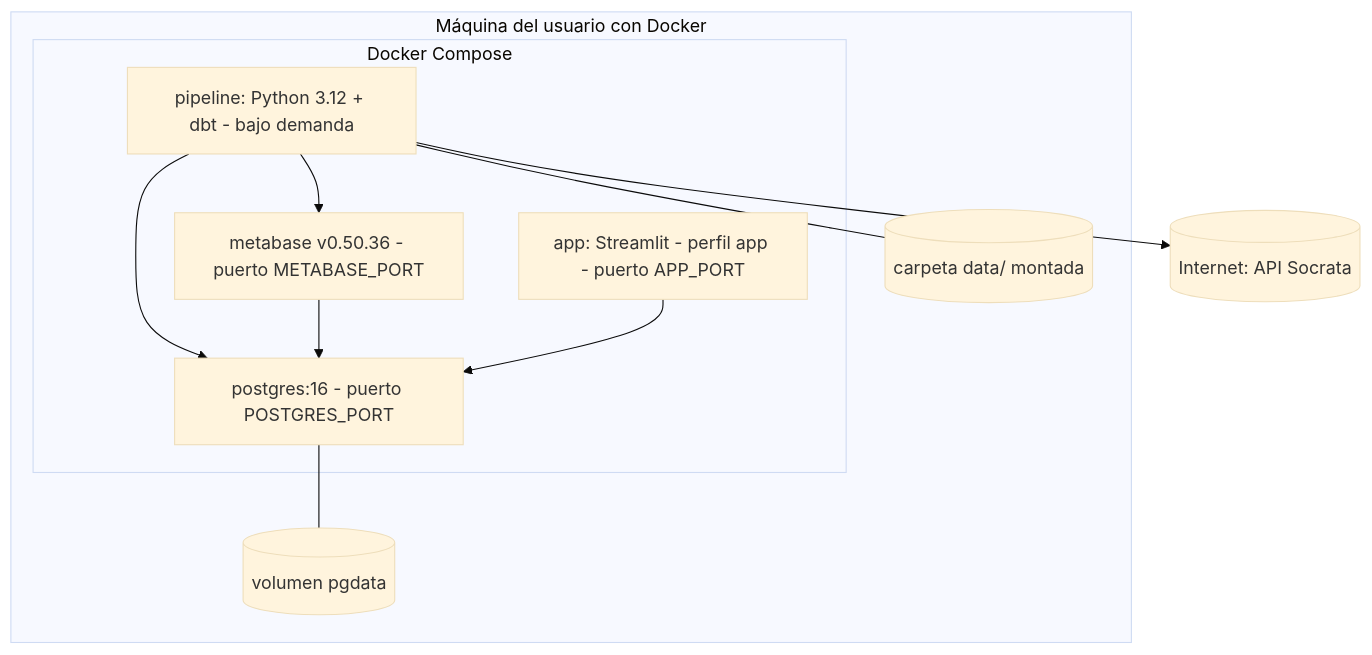
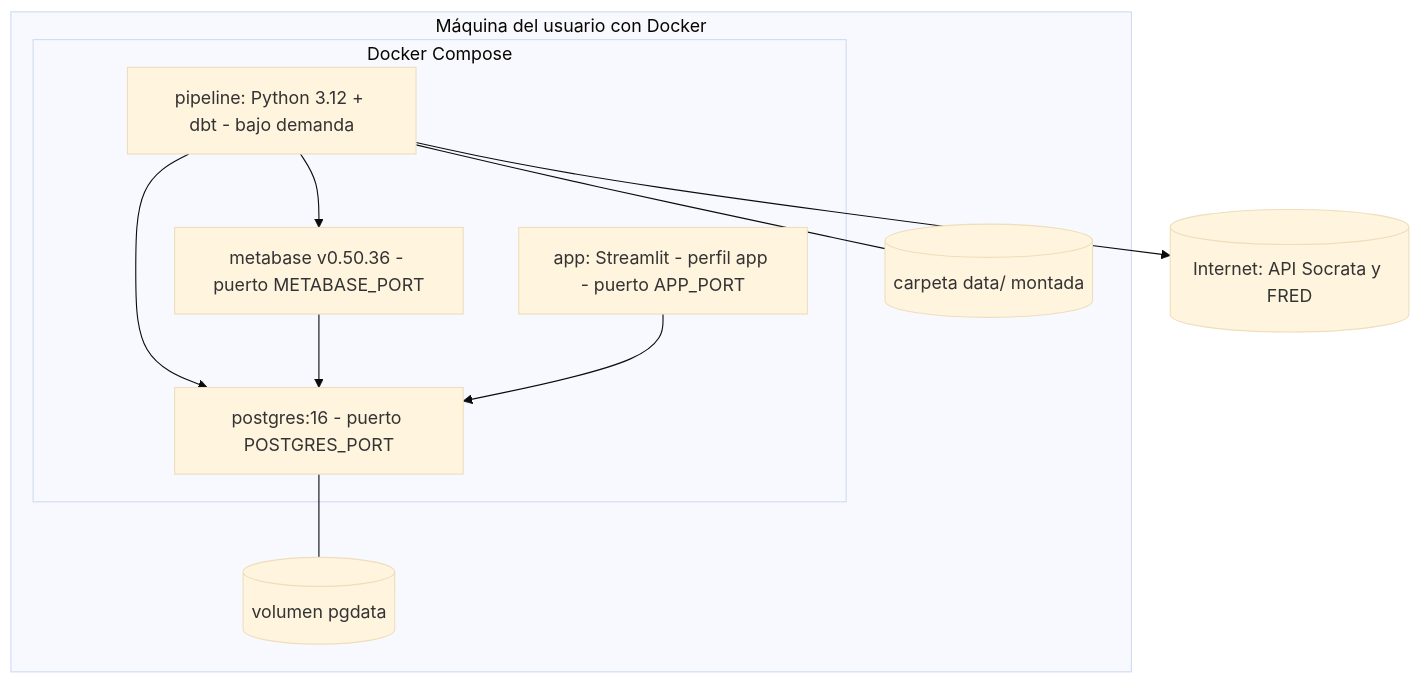
The third of 3 diagrams in docs/diseno/arquitectura.md (DavidRestrepo66/finco_datalake_david), drawn with Mermaid (base theme) before and after one commit. The commit also changed other lines of this file and 10 other files, not shown here.

````diff
--- a/docs/diseno/arquitectura.md
+++ b/docs/diseno/arquitectura.md
@@ -74,21 +76,21 @@
 ```mermaid
 flowchart TB
     subgraph HOST[Máquina del usuario con Docker]
         subgraph COMPOSE[Docker Compose]
             P[postgres:16 - puerto POSTGRES_PORT]
             M[metabase v0.50.36 - puerto METABASE_PORT]
             PIPE[pipeline: Python 3.12 + dbt - bajo demanda]
             APP[app: Streamlit - perfil app - puerto APP_PORT]
         end
         V1[(volumen pgdata)]
         V2[(carpeta data/ montada)]
     end
-    INET[(Internet: API Socrata)]
+    INET[(Internet: API Socrata y FRED)]
     P --- V1
     PIPE --- V2
     PIPE --> P
     PIPE --> M
     PIPE --> INET
     M --> P
     APP --> P
 ```
````
